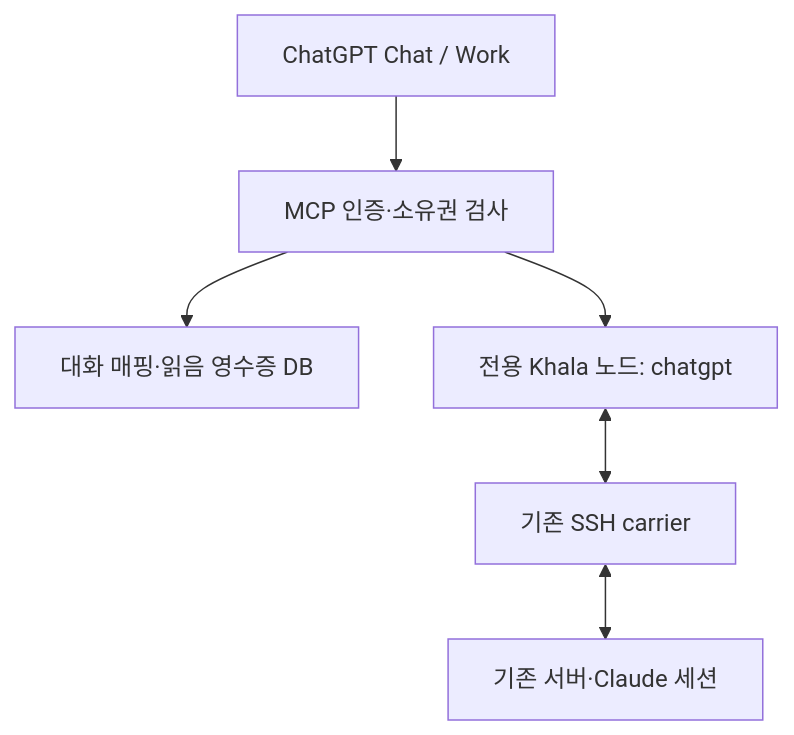
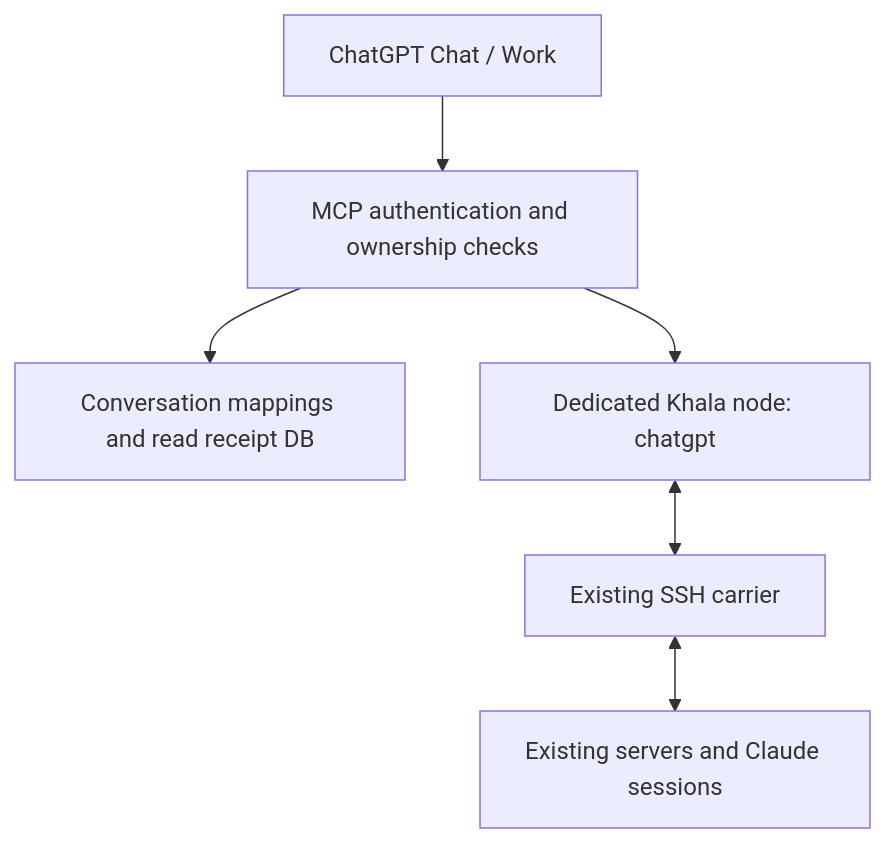
The diagram in README.md (Dev-Jahn/khala-network-chatgpt), drawn with Mermaid before and after one commit. The commit also changed other lines of this file and 4 other files, not shown here.

````diff
--- a/README.md
+++ b/README.md
@@ -23,8 +23,8 @@
 ```mermaid
 flowchart TD
-    C["ChatGPT Chat / Work"] --> M["MCP 인증·소유권 검사"]
-    M --> D["대화 매핑·읽음 영수증 DB"]
-    M --> K["전용 Khala 노드: chatgpt"]
-    K <--> L["기존 SSH carrier"]
-    L <--> N["기존 서버·Claude 세션"]
+    C["ChatGPT Chat / Work"] --> M["MCP authentication and ownership checks"]
+    M --> D["Conversation mappings and read receipt DB"]
+    M --> K["Dedicated Khala node: chatgpt"]
+    K <--> L["Existing SSH carrier"]
+    L <--> N["Existing servers and Claude sessions"]
 ```
````
